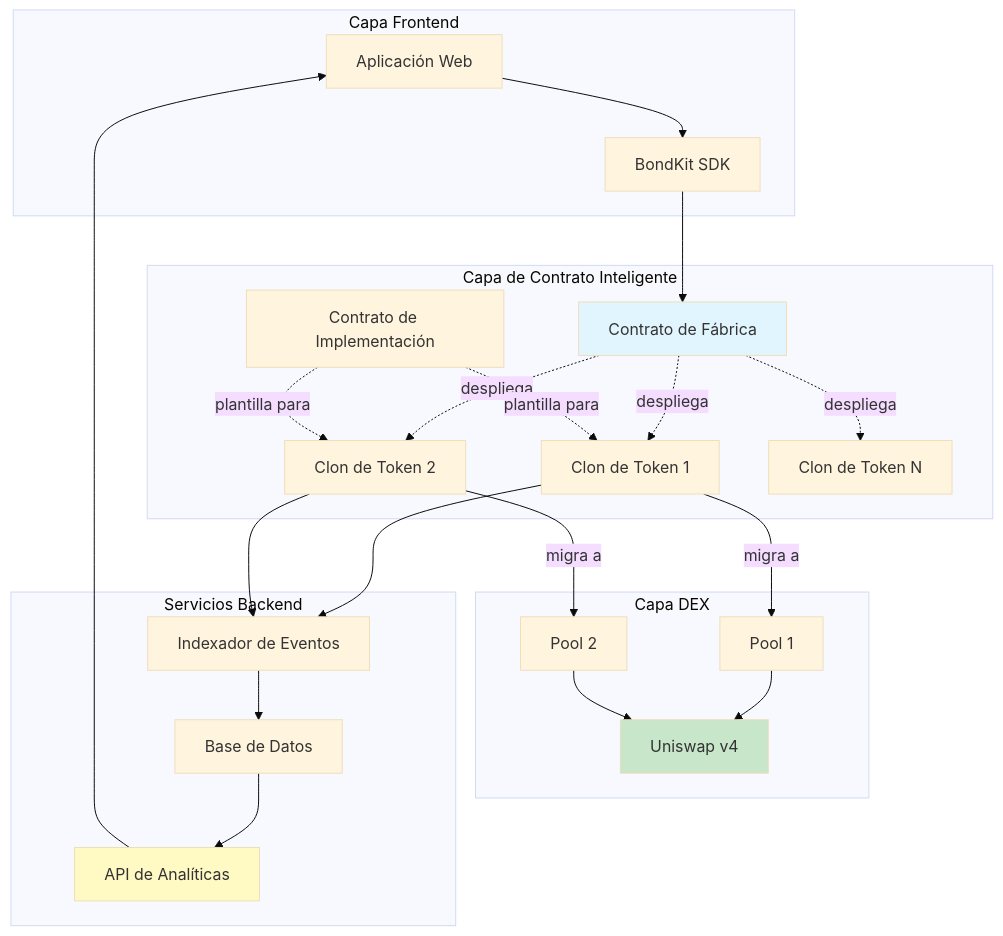
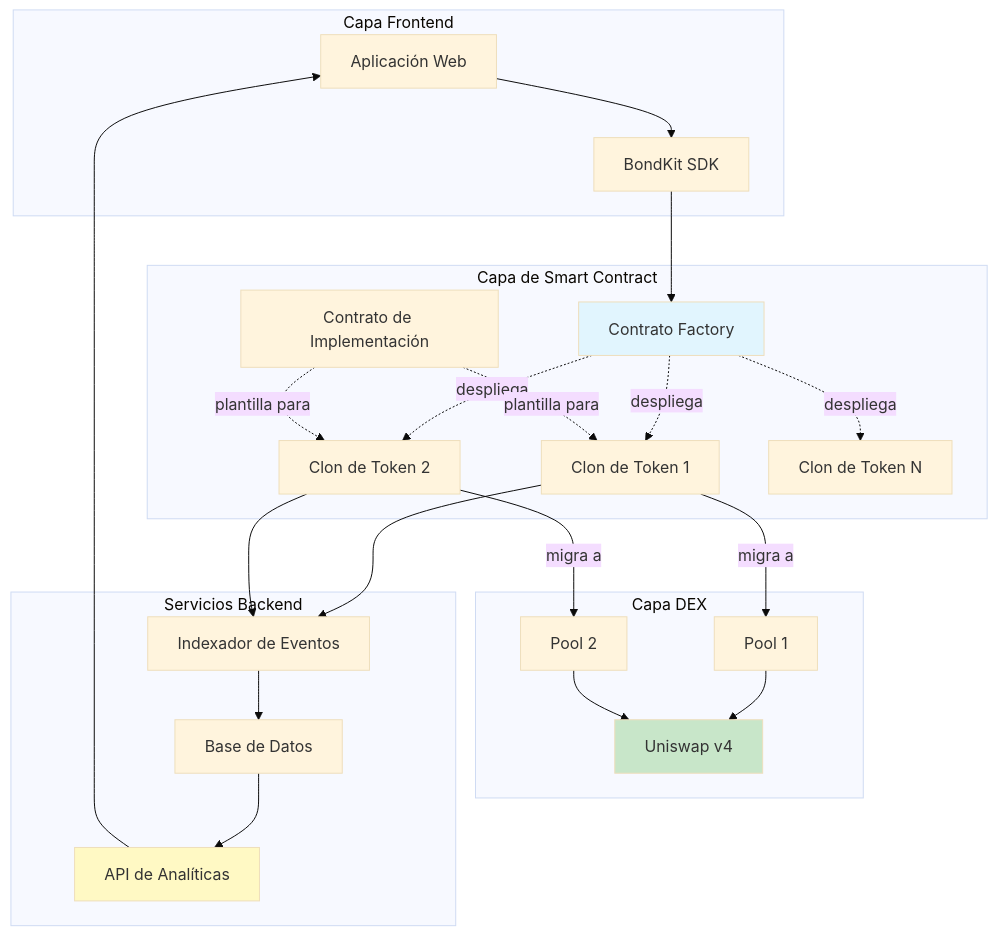
Before and after one commit to b3-fun/b3: the diagram in docs/es/bondkit/how-it-works.mdx, drawn with Mermaid (base theme). The commit also changed other lines of this file and 105 other files, not shown here.

````diff
--- a/docs/es/bondkit/how-it-works.mdx
+++ b/docs/es/bondkit/how-it-works.mdx
@@ -11,50 +11,50 @@
 ```mermaid
 graph TB
     subgraph "Capa Frontend"
         UI["Aplicación Web"]
         SDK["BondKit SDK"]
     end
     
-    subgraph "Capa de Contrato Inteligente"
-        Factory["Contrato de Fábrica"]
+    subgraph "Capa de Smart Contract"
+        Factory["Contrato Factory"]
         Impl["Contrato de Implementación"]
         Token1["Clon de Token 1"]
         Token2["Clon de Token 2"]
         TokenN["Clon de Token N"]
     end
     
     subgraph "Capa DEX"
         V4["Uniswap v4"]
         Pool1["Pool 1"]
         Pool2["Pool 2"]
     end
     
     subgraph "Servicios Backend"
         API["API de Analíticas"]
         DB["Base de Datos"]
         Indexer["Indexador de Eventos"]
     end
     
     UI --> SDK
     SDK --> Factory
     Factory -.->|despliega| Token1
     Factory -.->|despliega| Token2
     Factory -.->|despliega| TokenN
     Token1 -->|migra a| Pool1
     Token2 -->|migra a| Pool2
     Pool1 --> V4
     Pool2 --> V4
     
     Token1 --> Indexer
     Token2 --> Indexer
     Indexer --> DB
     DB --> API
     API --> UI
     
     Impl -.->|plantilla para| Token1
     Impl -.->|plantilla para| Token2
     
     style Factory fill:#e1f5fe
     style V4 fill:#c8e6c9
     style API fill:#fff9c4
 ```
````
